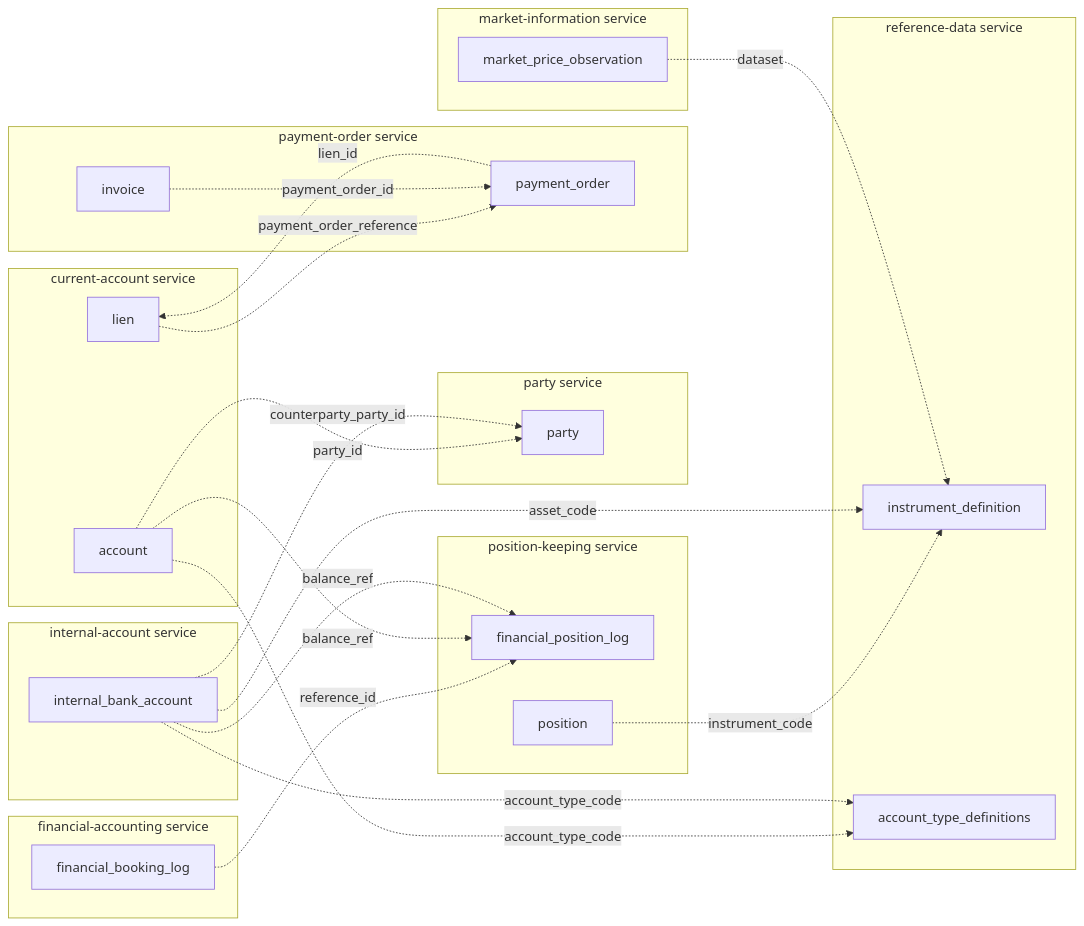
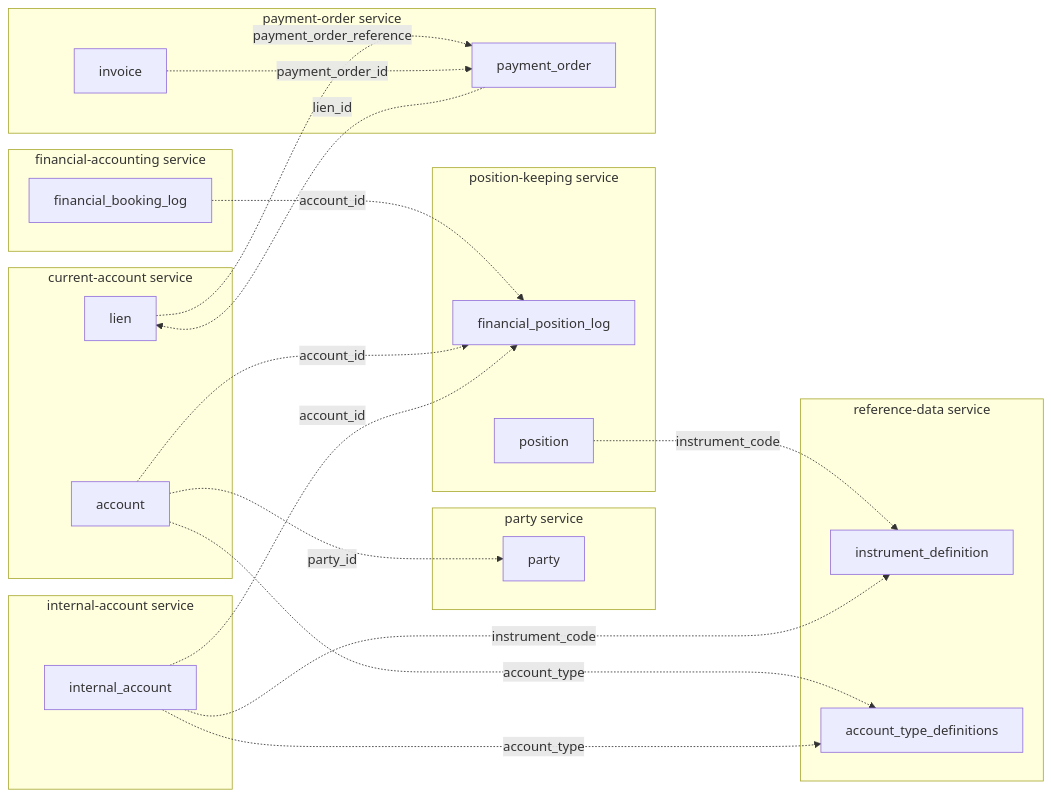
One commit to meridianhub/meridian changed diagram 13 of 13 in docs/architecture/data-model.md. Above: the diagram before and after it, drawn with Mermaid. The commit also changed other lines of this file, not shown here.

First line of the commit message:
docs: Apply internal-account rename + fix cross-service flow labels

````diff
--- a/docs/architecture/data-model.md
+++ b/docs/architecture/data-model.md
@@ -939,45 +943,40 @@
 ```mermaid
 flowchart LR
     subgraph Party["party service"]
         P[party]
     end
     subgraph CA["current-account service"]
         ACC[account]
         CAL[lien]
     end
     subgraph IA["internal-account service"]
-        IBA[internal_bank_account]
+        IBA[internal_account]
     end
     subgraph PK["position-keeping service"]
         FPL[financial_position_log]
         POS[position]
     end
     subgraph FA["financial-accounting service"]
         FBL[financial_booking_log]
     end
     subgraph PO["payment-order service"]
         PMO[payment_order]
         INV[invoice]
     end
     subgraph RD["reference-data service"]
         INST[instrument_definition]
         ATD[account_type_definitions]
     end
-    subgraph MI["market-information service"]
-        OBS[market_price_observation]
-    end
 
     ACC -. party_id .-> P
-    IBA -. counterparty_party_id .-> P
-    ACC -. account_type_code .-> ATD
-    IBA -. account_type_code .-> ATD
+    ACC -. account_type .-> ATD
+    IBA -. account_type .-> ATD
     POS -. instrument_code .-> INST
-    IBA -. asset_code .-> INST
+    IBA -. instrument_code .-> INST
     CAL -. payment_order_reference .-> PMO
     PMO -. lien_id .-> CAL
     INV -. payment_order_id .-> PMO
-    FBL -. reference_id .-> FPL
-    ACC -. balance_ref .-> FPL
-    IBA -. balance_ref .-> FPL
-    OBS -. dataset .-> INST
+    FBL -. account_id .-> FPL
+    ACC -. account_id .-> FPL
+    IBA -. account_id .-> FPL
 ```
````
